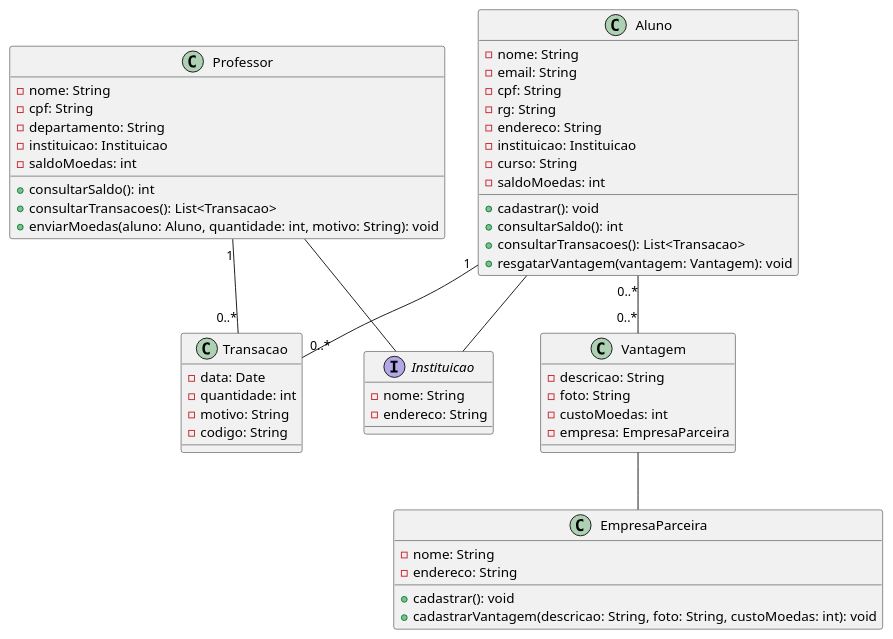
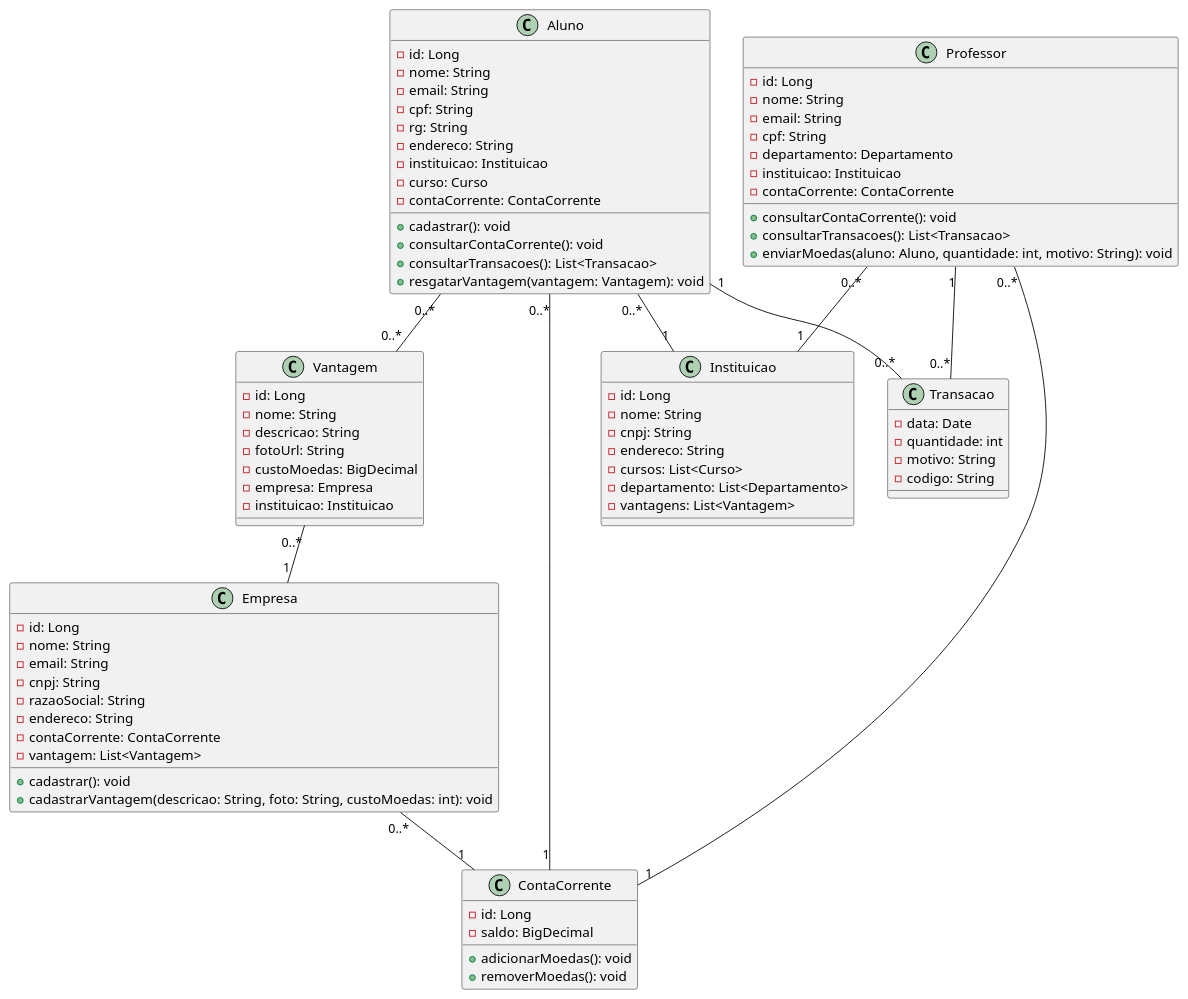
One commit to JoaoYM/Lab03_LDS changed the diagram in projeto/Diagrama de Classes/Diagrama_de_Classe.puml. Above: the diagram before and after it, drawn with PlantUML.

Commit message:
Diagrama de classe Certo!

```diff
--- a/projeto/Diagrama de Classes/Diagrama_de_Classe.puml
+++ b/projeto/Diagrama de Classes/Diagrama_de_Classe.puml
@@ -1,60 +1,87 @@
 @startuml
 class Aluno {
+  -id: Long
   -nome: String
   -email: String
   -cpf: String
   -rg: String
   -endereco: String
   -instituicao: Instituicao
-  -curso: String
-  -saldoMoedas: int
+  -curso: Curso
+  -contaCorrente: ContaCorrente
   +cadastrar(): void
-  +consultarSaldo(): int
+  +consultarContaCorrente(): void
   +consultarTransacoes(): List<Transacao>
   +resgatarVantagem(vantagem: Vantagem): void
 }
 
 class Professor {
+  -id: Long
   -nome: String
+  -email: String
   -cpf: String
-  -departamento: String
+  -departamento: Departamento
   -instituicao: Instituicao
-  -saldoMoedas: int
-  +consultarSaldo(): int
+  -contaCorrente: ContaCorrente
+  +consultarContaCorrente(): void
   +consultarTransacoes(): List<Transacao>
   +enviarMoedas(aluno: Aluno, quantidade: int, motivo: String): void
 }
 
-Interface Instituicao {
+class Instituicao {
+  -id: Long
   -nome: String
+  -cnpj: String
   -endereco: String
+  -cursos: List<Curso>
+  -departamento: List<Departamento>
+  -vantagens: List<Vantagem>
 }
 
 class Vantagem {
+  -id: Long
+  -nome: String
   -descricao: String
-  -foto: String
-  -custoMoedas: int
-  -empresa: EmpresaParceira
+  -fotoUrl: String
+  -custoMoedas: BigDecimal
+  -empresa: Empresa
+  -instituicao: Instituicao
 }
 
-class EmpresaParceira {
+class Empresa {
+  -id: Long
   -nome: String
+  -email: String
+  -cnpj: String
+  -razaoSocial: String
   -endereco: String
+  -contaCorrente: ContaCorrente
+  -vantagem: List<Vantagem>
   +cadastrar(): void
   +cadastrarVantagem(descricao: String, foto: String, custoMoedas: int): void
+}
+
+class ContaCorrente {
+  -id: Long
+  -saldo: BigDecimal
+  +adicionarMoedas(): void
+  +removerMoedas(): void
 }
 
 class Transacao {
   -data: Date
   -quantidade: int
   -motivo: String
   -codigo: String
 }
 
-Aluno -- Instituicao
-Professor -- Instituicao
+Aluno "0..*" -- "1" Instituicao
+Professor "0..*" -- "1" Instituicao
 Professor "1" -- "0..*" Transacao 
 Aluno "1" -- "0..*" Transacao
 Aluno "0..*" -- "0..*" Vantagem
-Vantagem -- EmpresaParceira
+Vantagem "0..*" -- "1" Empresa
+Professor "0..*" -- "1" ContaCorrente
+Aluno "0..*" -- "1" ContaCorrente
+Empresa "0..*" -- "1" ContaCorrente
 @enduml
```
